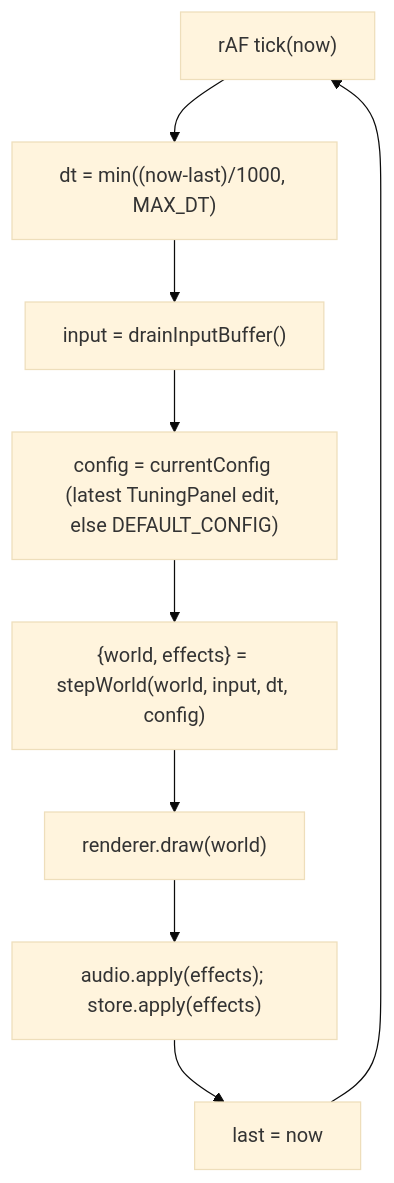
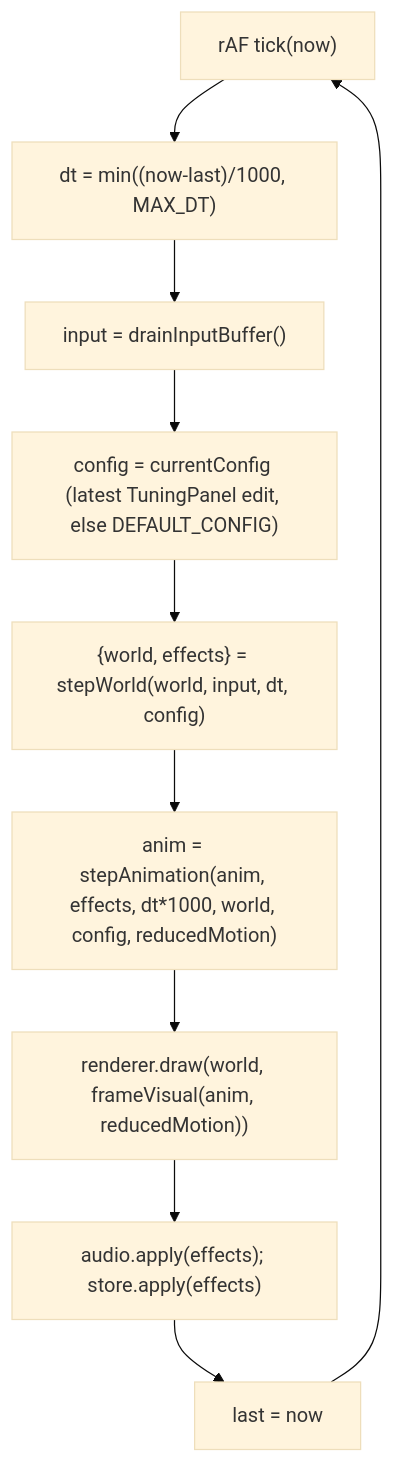
Before and after one commit to Pedriux0/flappy-kiro: the second of 3 diagrams in .kiro/specs/flappy-kiro/design.md, drawn with Mermaid (base theme). The commit also changed other lines of this file and 116 other files, not shown here.

````diff
--- a/.kiro/specs/flappy-kiro/design.md
+++ b/.kiro/specs/flappy-kiro/design.md
@@ -75,11 +89,12 @@
 ```mermaid
 flowchart TD
     A["rAF tick(now)"] --> B["dt = min((now-last)/1000, MAX_DT)"]
     B --> C["input = drainInputBuffer()"]
     C --> C2["config = currentConfig (latest TuningPanel edit, else DEFAULT_CONFIG)"]
     C2 --> D["{world, effects} = stepWorld(world, input, dt, config)"]
-    D --> E["renderer.draw(world)"]
+    D --> D2["anim = stepAnimation(anim, effects, dt*1000, world, config, reducedMotion)"]
+    D2 --> E["renderer.draw(world, frameVisual(anim, reducedMotion))"]
     E --> F["audio.apply(effects); store.apply(effects)"]
     F --> G["last = now"]
     G --> A
 ```
````
